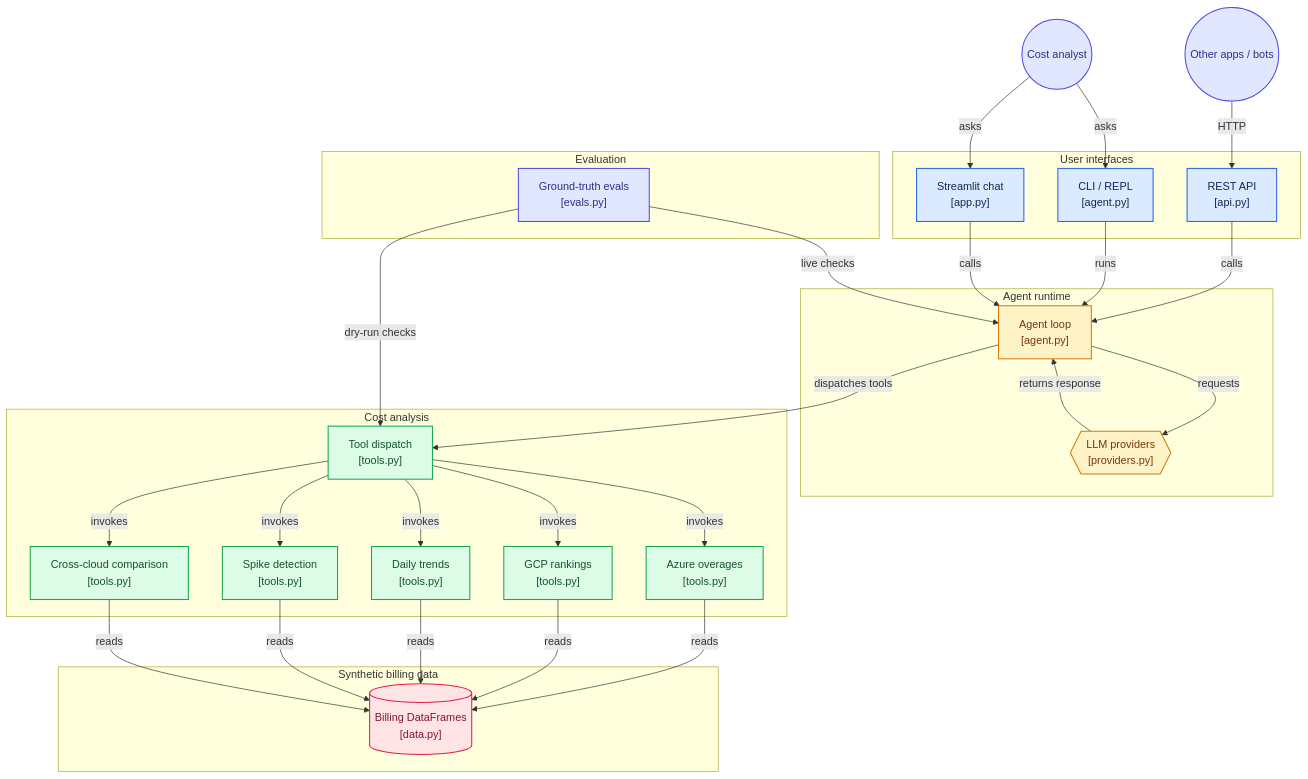
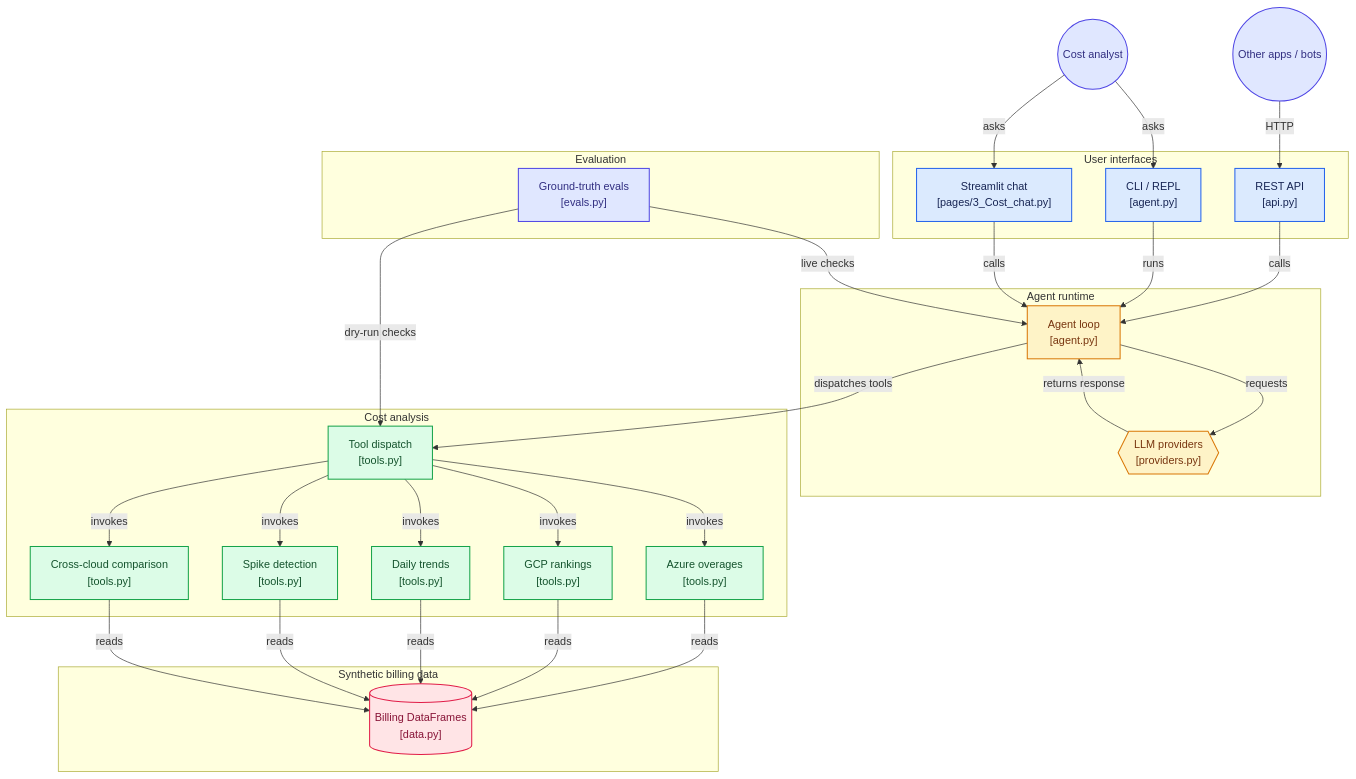
One commit to redbarron23/obs-agent changed the diagram in docs/agent.md. Above: the diagram before and after it, drawn with Mermaid. The commit also changed other lines of this file and 34 other files, not shown here.

```diff
--- a/docs/agent.md
+++ b/docs/agent.md
@@ -107,7 +107,7 @@
 
 subgraph group_entry["User interfaces"]
   node_cli["CLI / REPL<br/>[agent.py]"]
-  node_web["Streamlit chat<br/>[app.py]"]
+  node_web["Streamlit chat<br/>[pages/3_Cost_chat.py]"]
   node_api["REST API<br/>[api.py]"]
 end
 
@@ -159,7 +159,7 @@
 node_evals -->|"live checks"| node_loop
 
 click node_cli "https://github.com/redbarron23/obs-agent/blob/main/agent.py"
-click node_web "https://github.com/redbarron23/obs-agent/blob/main/app.py"
+click node_web "https://github.com/redbarron23/obs-agent/blob/main/pages/3_Cost_chat.py"
 click node_api "https://github.com/redbarron23/obs-agent/blob/main/api.py"
 click node_loop "https://github.com/redbarron23/obs-agent/blob/main/agent.py"
 click node_providers "https://github.com/redbarron23/obs-agent/blob/main/providers.py"
```
